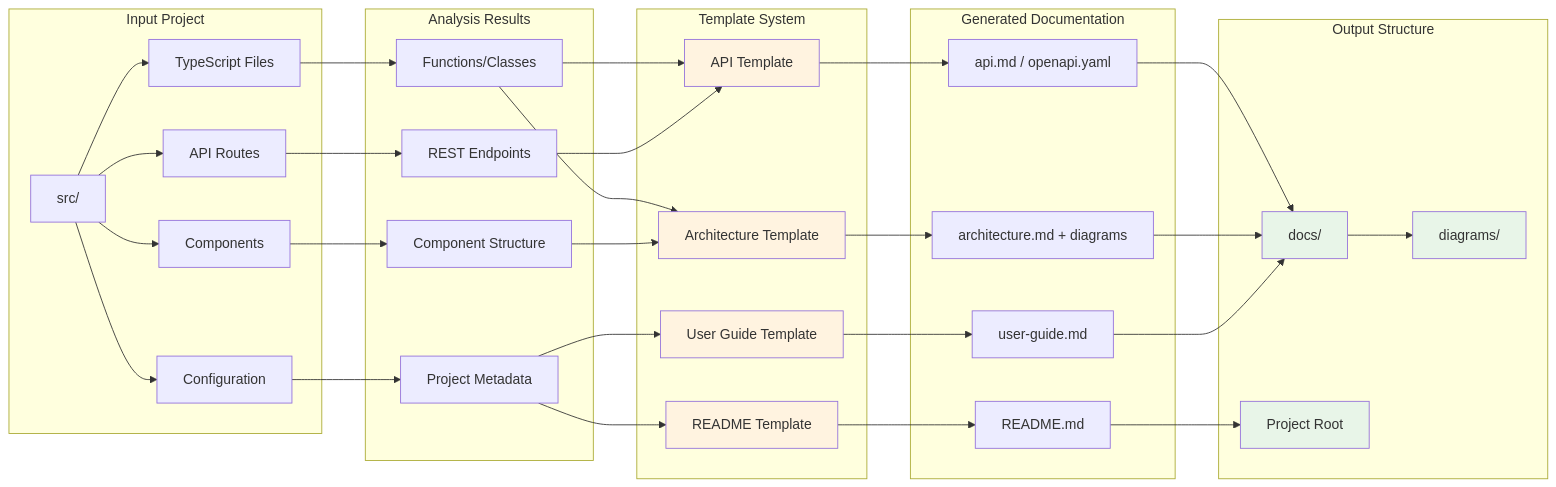
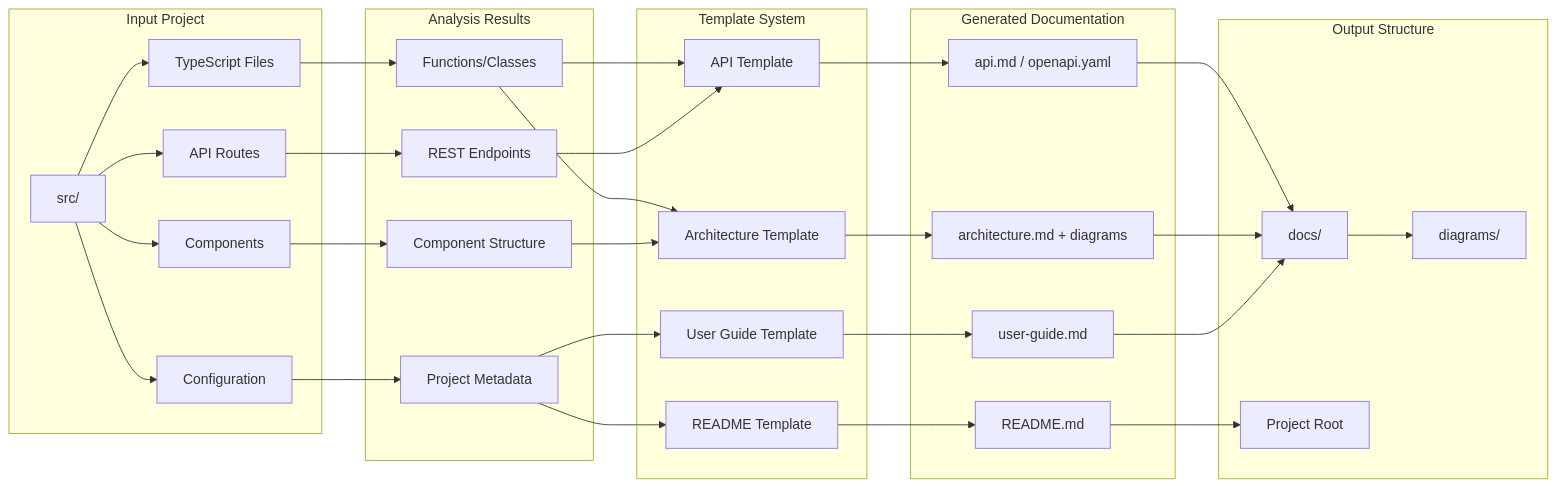
Before and after one commit to geogoesbeepboop/mastro: the sixth of 8 diagrams in docs/diagrams/mastro-docs-workflow.md, drawn with Mermaid. The commit also changed other lines of this file, not shown here.

First line of the commit message:
docs: update workflow diagram for clarity and accuracy

````diff
--- a/docs/diagrams/mastro-docs-workflow.md
+++ b/docs/diagrams/mastro-docs-workflow.md
@@ -222,48 +230,50 @@
 ```mermaid
+
 flowchart LR
     subgraph "Input Project"
         A1[src/] --> A2[TypeScript Files]
         A1 --> A3[API Routes]
         A1 --> A4[Components]
         A1 --> A5[Configuration]
     end
     
     subgraph "Analysis Results"
         A2 --> B1[Functions/Classes]
         A3 --> B2[REST Endpoints]
         A4 --> B3[Component Structure]
         A5 --> B4[Project Metadata]
     end
     
     subgraph "Template System"
         B1 --> C1[API Template]
         B2 --> C1
         B1 --> C2[Architecture Template]
         B3 --> C2
         B4 --> C3[User Guide Template]
         B4 --> C4[README Template]
     end
     
     subgraph "Generated Documentation"
         C1 --> D1[api.md / openapi.yaml]
         C2 --> D2[architecture.md + diagrams]
         C3 --> D3[user-guide.md]
         C4 --> D4[README.md]
     end
     
     subgraph "Output Structure"
         D1 --> E[docs/]
         D2 --> E
         D3 --> E
         D4 --> F[Project Root]
         E --> G[diagrams/]
     end
     
-    style C1 fill:#fff3e0
-    style C2 fill:#fff3e0
-    style C3 fill:#fff3e0
-    style C4 fill:#fff3e0
-    style E fill:#e8f5e8
-    style F fill:#e8f5e8
-    style G fill:#e8f5e8
+    style C1 fill:#fff3e0 color:#000000
+    style C2 fill:#fff3e0 color:#000000
+    style C3 fill:#fff3e0 color:#000000
+    style C4 fill:#fff3e0 color:#000000
+    style E fill:#e8f5e8 color:#000000
+    style F fill:#e8f5e8 color:#000000
+    style G fill:#e8f5e8 color:#000000
+
 ```
````
